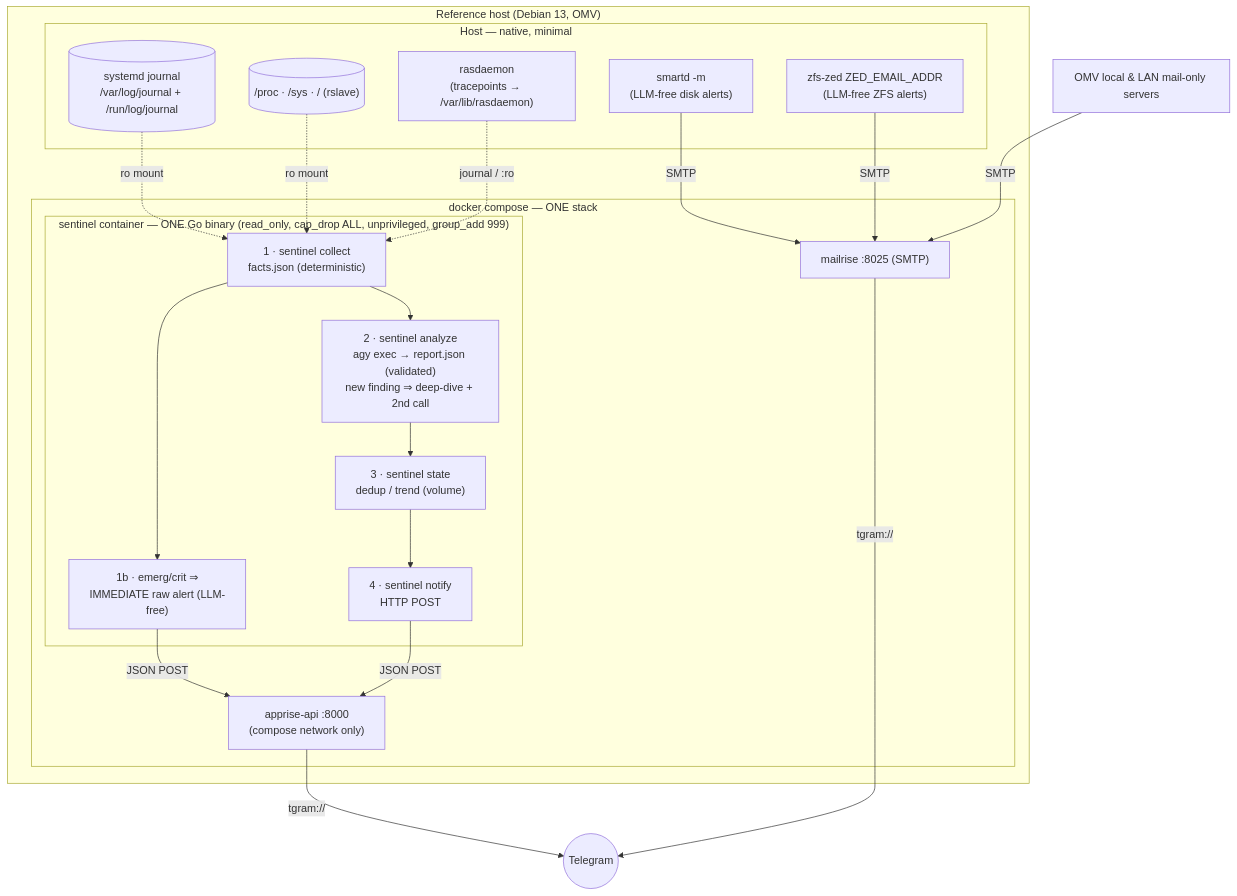
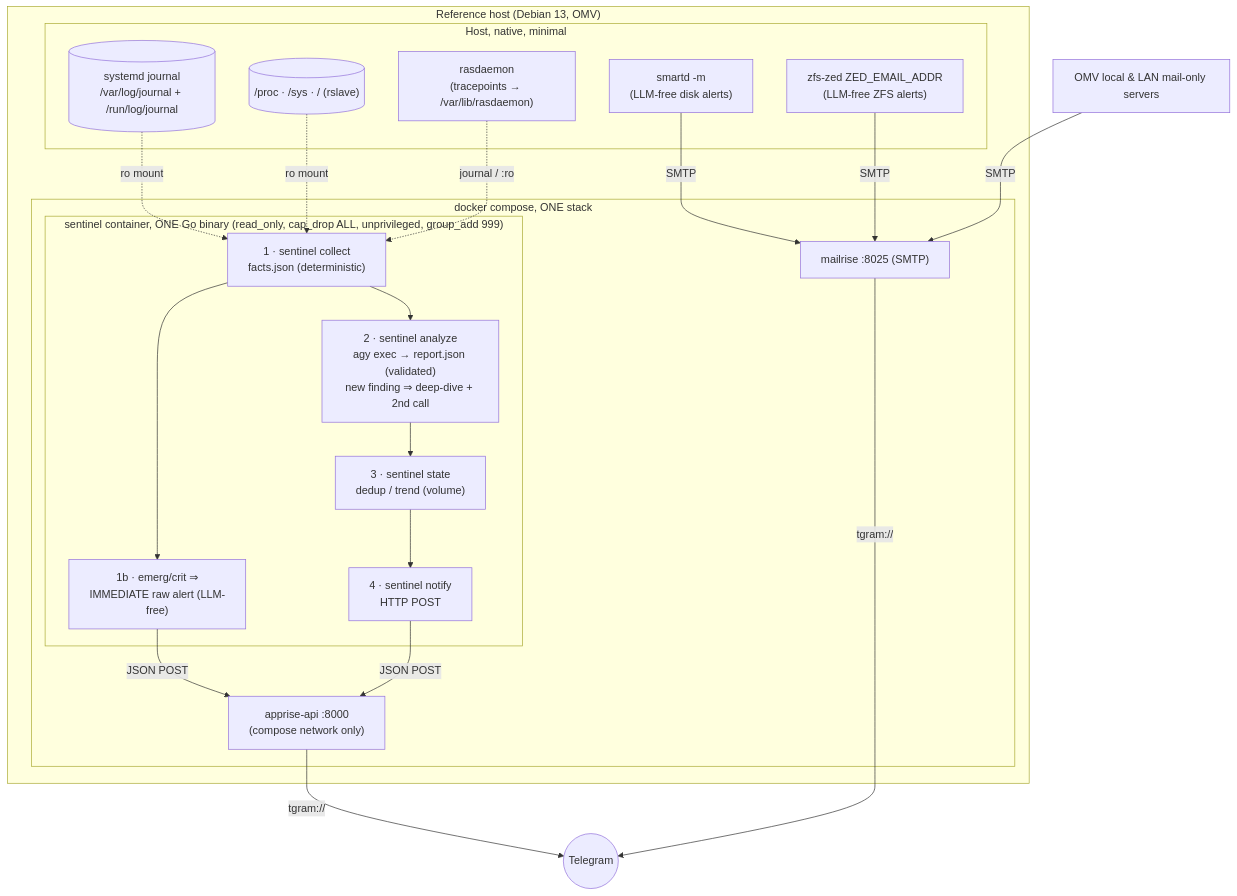
The diagram in ARCHITECTURE.md (thiscantbeserious/agentic-server-supervisor), drawn with Mermaid before and after one commit. The commit also changed other lines of this file and 81 other files, not shown here.

````diff
--- a/ARCHITECTURE.md
+++ b/ARCHITECTURE.md
@@ -85,38 +85,38 @@
 ```mermaid
 flowchart TB
     subgraph target["Reference host (Debian 13, OMV)"]
-        subgraph native["Host — native, minimal"]
+        subgraph native["Host, native, minimal"]
             rasd["rasdaemon<br/>(tracepoints → /var/lib/rasdaemon)"]
             smartd["smartd -m<br/>(LLM-free disk alerts)"]
             zed["zfs-zed ZED_EMAIL_ADDR<br/>(LLM-free ZFS alerts)"]
             journal[("systemd journal<br/>/var/log/journal + /run/log/journal")]
             procsys[("/proc · /sys · / (rslave)")]
         end
-        subgraph stack["docker compose — ONE stack"]
-            subgraph sentinel["sentinel container — ONE Go binary (read_only, cap_drop ALL, unprivileged, group_add 999)"]
+        subgraph stack["docker compose, ONE stack"]
+            subgraph sentinel["sentinel container, ONE Go binary (read_only, cap_drop ALL, unprivileged, group_add 999)"]
                 collect["1 · sentinel collect<br/>facts.json (deterministic)"]
                 raw["1b · emerg/crit ⇒<br/>IMMEDIATE raw alert (LLM-free)"]
                 analyze["2 · sentinel analyze<br/>agy exec → report.json (validated)<br/>new finding ⇒ deep-dive + 2nd call"]
                 state["3 · sentinel state<br/>dedup / trend (volume)"]
                 notify["4 · sentinel notify<br/>HTTP POST"]
                 collect --> raw
                 collect --> analyze --> state --> notify
             end
             apprise["apprise-api :8000<br/>(compose network only)"]
             mailrise["mailrise :8025 (SMTP)"]
         end
     end
     lan["OMV local & LAN mail-only servers"]
     tg(("Telegram"))
 
     journal -. "ro mount" .-> collect
     procsys -. "ro mount" .-> collect
     rasd -. "journal / :ro" .-> collect
     smartd -- "SMTP" --> mailrise
     zed -- "SMTP" --> mailrise
     lan -- "SMTP" --> mailrise
     raw -- "JSON POST" --> apprise
     notify -- "JSON POST" --> apprise
     apprise -- "tgram://" --> tg
     mailrise -- "tgram://" --> tg
 ```
````
